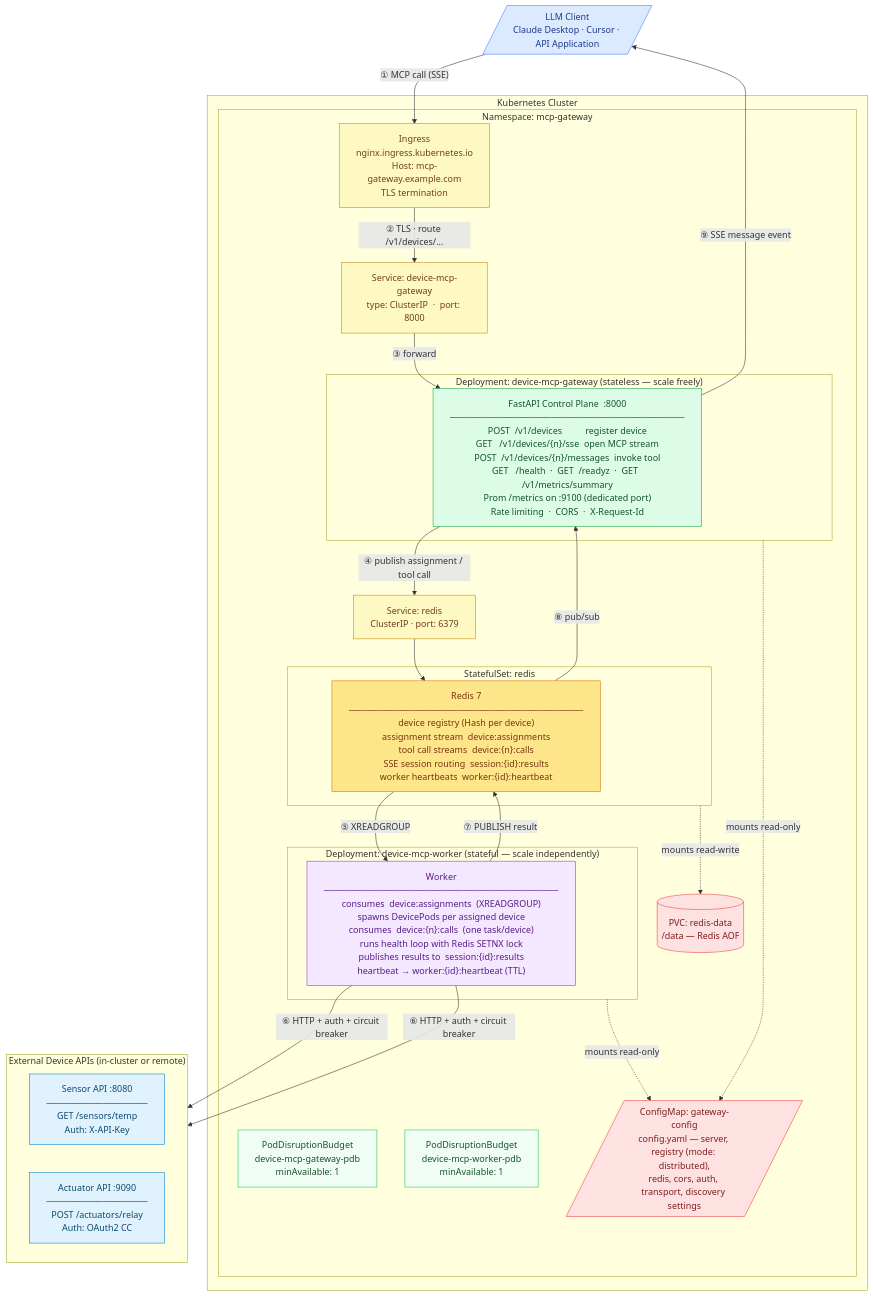
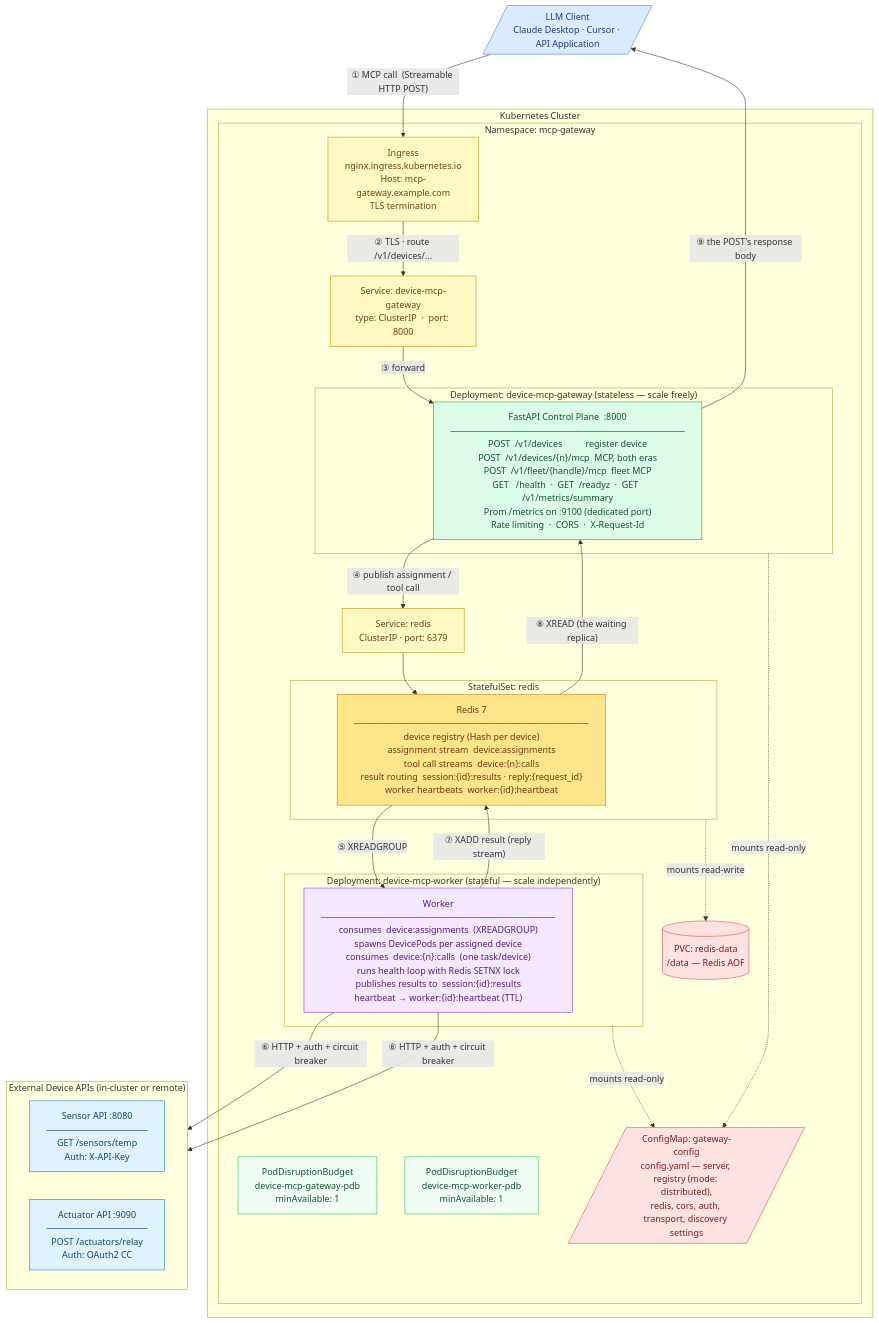
One commit to benwold-lgtm/SyncGate changed the first of 3 diagrams in docs/kubernetes-architecture.md. Above: the diagram before and after it, drawn with Mermaid. The commit also changed other lines of this file and 16 other files, not shown here.

First line of the commit message:
docs: 0.4.0 — one transport, both eras, fleet handles

````diff
--- a/docs/kubernetes-architecture.md
+++ b/docs/kubernetes-architecture.md
@@ -11,72 +11,72 @@
 ```mermaid
 flowchart TB
     LLM[/"LLM Client\nClaude Desktop · Cursor · API Application"/]
 
     subgraph CLUSTER["Kubernetes Cluster"]
         subgraph NS["Namespace: mcp-gateway"]
 
             ING["Ingress\nnginx.ingress.kubernetes.io\nHost: mcp-gateway.example.com\nTLS termination"]
 
             SVC["Service: device-mcp-gateway\ntype: ClusterIP  ·  port: 8000"]
 
             subgraph GW_DEP["Deployment: device-mcp-gateway  (stateless — scale freely)"]
-                CTRL["FastAPI Control Plane  :8000\n─────────────────────────────────────\nPOST  /v1/devices          register device\nGET   /v1/devices/{n}/sse  open MCP stream\nPOST  /v1/devices/{n}/messages  invoke tool\nGET   /health  ·  GET  /readyz  ·  GET  /v1/metrics/summary\nProm /metrics on :9100 (dedicated port)\nRate limiting  ·  CORS  ·  X-Request-Id"]
+                CTRL["FastAPI Control Plane  :8000\n─────────────────────────────────────\nPOST  /v1/devices          register device\nPOST  /v1/devices/{n}/mcp  MCP, both eras\nPOST  /v1/fleet/{handle}/mcp  fleet MCP\nGET   /health  ·  GET  /readyz  ·  GET  /v1/metrics/summary\nProm /metrics on :9100 (dedicated port)\nRate limiting  ·  CORS  ·  X-Request-Id"]
             end
 
             PDB_GW["PodDisruptionBudget\ndevice-mcp-gateway-pdb\nminAvailable: 1"]
             PDB_WK["PodDisruptionBudget\ndevice-mcp-worker-pdb\nminAvailable: 1"]
 
             subgraph REDIS_SS["StatefulSet: redis"]
-                REDIS["Redis 7\n─────────────────────────────────────\ndevice registry (Hash per device)\nassignment stream  device:assignments\ntool call streams  device:{n}:calls\nSSE session routing  session:{id}:results\nworker heartbeats  worker:{id}:heartbeat"]
+                REDIS["Redis 7\n─────────────────────────────────────\ndevice registry (Hash per device)\nassignment stream  device:assignments\ntool call streams  device:{n}:calls\nresult routing  session:{id}:results · reply:{request_id}\nworker heartbeats  worker:{id}:heartbeat"]
             end
             REDIS_SVC["Service: redis\nClusterIP  ·  port: 6379"]
             REDIS_PVC[("PVC: redis-data\n/data — Redis AOF")]
 
             subgraph WK_DEP["Deployment: device-mcp-worker  (stateful — scale independently)"]
                 WK["Worker\n─────────────────────────────────────\nconsumes  device:assignments  (XREADGROUP)\nspawns DevicePods per assigned device\nconsumes  device:{n}:calls  (one task/device)\nruns health loop with Redis SETNX lock\npublishes results to  session:{id}:results\nheartbeat → worker:{id}:heartbeat (TTL)"]
             end
 
             CM[/"ConfigMap: gateway-config\nconfig.yaml — server, registry (mode: distributed),\nredis, cors, auth, transport, discovery settings"/]
         end
     end
 
     subgraph APIS["External Device APIs  (in-cluster or remote)"]
         direction LR
         API1["Sensor API  :8080\n────────────────\nGET  /sensors/temp\nAuth: X-API-Key"]
         API2["Actuator API  :9090\n────────────────\nPOST /actuators/relay\nAuth: OAuth2 CC"]
     end
 
-    LLM      -- "① MCP call  (SSE)" --> ING
+    LLM      -- "① MCP call  (Streamable HTTP POST)" --> ING
     ING      -- "② TLS · route /v1/devices/..." --> SVC
     SVC      -- "③ forward" --> CTRL
     CTRL     -- "④ publish assignment / tool call" --> REDIS_SVC
     REDIS_SVC --> REDIS
     REDIS    -- "⑤ XREADGROUP" --> WK
     WK       -- "⑥ HTTP + auth + circuit breaker" --> API1
     WK       -- "⑥ HTTP + auth + circuit breaker" --> API2
-    WK       -- "⑦ PUBLISH result" --> REDIS
-    REDIS    -- "⑧ pub/sub" --> CTRL
-    CTRL     -- "⑨ SSE message event" --> LLM
+    WK       -- "⑦ XADD result (reply stream)" --> REDIS
+    REDIS    -- "⑧ XREAD (the waiting replica)" --> CTRL
+    CTRL     -- "⑨ the POST's response body" --> LLM
 
     WK_DEP -. "mounts read-only" .-> CM
     GW_DEP -. "mounts read-only" .-> CM
     REDIS_SS -. "mounts read-write" .-> REDIS_PVC
 
     classDef external  fill:#dbeafe,stroke:#3b82f6,color:#1e3a8a
     classDef k8sinfra  fill:#fef9c3,stroke:#ca8a04,color:#713f12
     classDef appcore   fill:#dcfce7,stroke:#16a34a,color:#14532d
     classDef redisnode fill:#fde68a,stroke:#d97706,color:#78350f
     classDef worker    fill:#f3e8ff,stroke:#9333ea,color:#581c87
     classDef storage   fill:#fee2e2,stroke:#ef4444,color:#7f1d1d
     classDef apinode   fill:#e0f2fe,stroke:#0284c7,color:#0c4a6e
     classDef pdb       fill:#f0fdf4,stroke:#22c55e,color:#14532d
 
     class LLM external
     class ING,SVC,REDIS_SVC k8sinfra
     class CTRL appcore
     class REDIS redisnode
     class WK worker
     class CM,REDIS_PVC storage
     class API1,API2 apinode
     class PDB_GW,PDB_WK pdb
 ```
````
